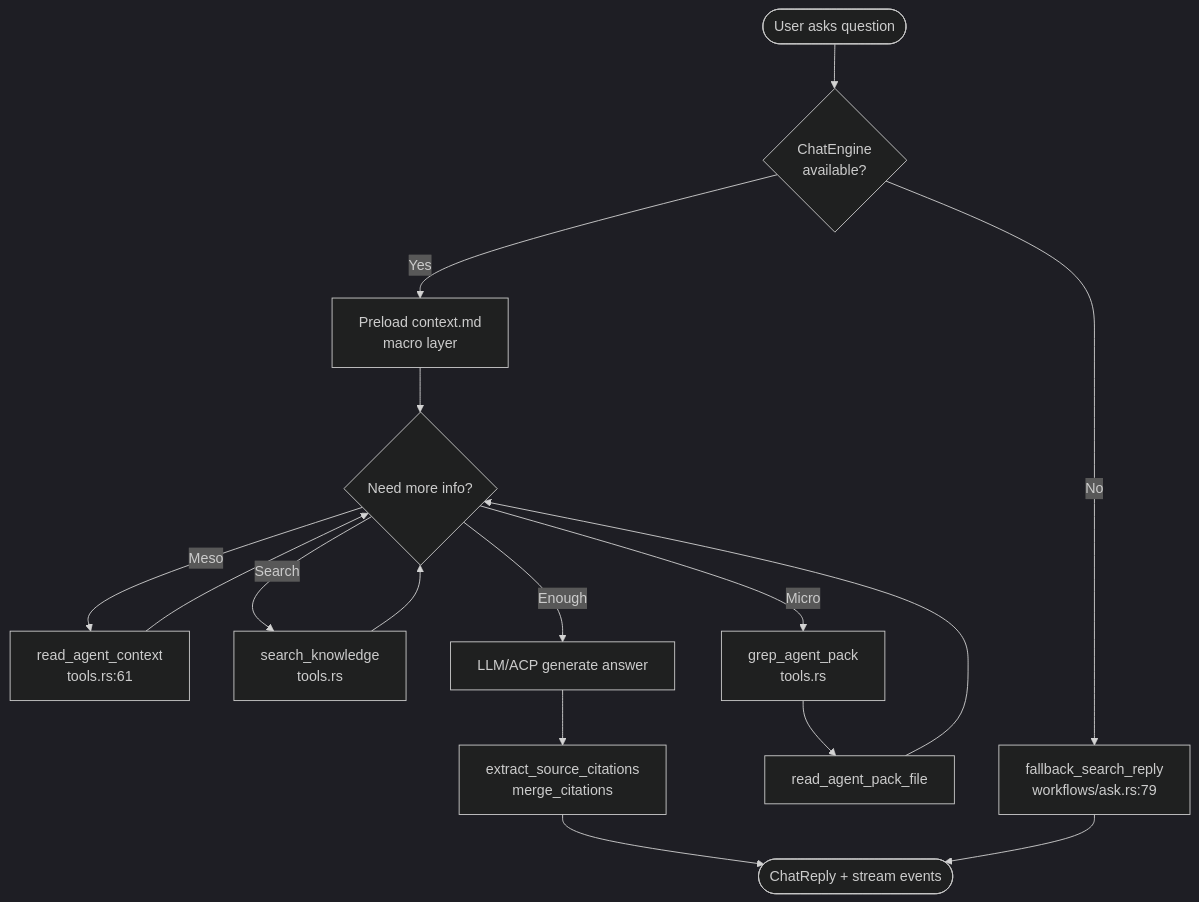
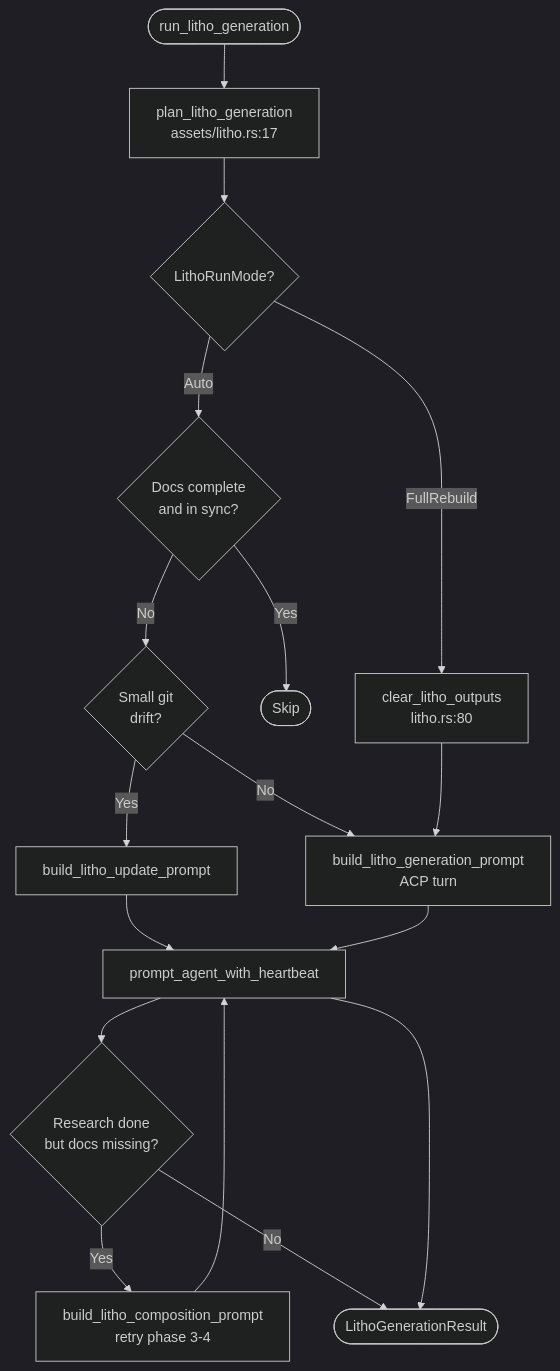
One commit to sopaco/terrain changed the fourth of 5 diagrams in .terrain/human/3.Workflows.md. Above: the diagram before and after it, drawn with Mermaid (dark theme). The commit also changed other lines of this file and 12 other files, not shown here.

````diff
--- a/.terrain/human/3.Workflows.md
+++ b/.terrain/human/3.Workflows.md
@@ -105,18 +100,19 @@
 ```mermaid
 flowchart TD
-    Start(["User asks question"]) --> Engine{"ChatEngine<br/>available?"}
-    Engine -->|No| Fallback["fallback_search_reply<br/>workflows/ask.rs:79"]
-    Engine -->|Yes| Macro["Preload context.md<br/>macro layer"]
-    Macro --> ToolLoop{"Need more info?"}
-    ToolLoop -->|Meso| ReadCtx["read_agent_context<br/>tools.rs:61"]
-    ToolLoop -->|Search| Search["search_knowledge<br/>tools.rs"]
-    ToolLoop -->|Micro| Grep["grep_agent_pack<br/>tools.rs"]
-    Grep --> ReadFile["read_agent_pack_file"]
-    ReadCtx --> ToolLoop
-    Search --> ToolLoop
-    ReadFile --> ToolLoop
-    ToolLoop -->|Enough| Generate["LLM/ACP generate answer"]
-    Generate --> Citations["extract_source_citations<br/>merge_citations"]
-    Citations --> End(["ChatReply + stream events"])
-    Fallback --> End
+    Start(["run_litho_generation"]) --> Plan["plan_litho_generation<br/>assets/litho.rs:17"]
+    Plan --> Mode{"LithoRunMode?"}
+    Mode -->|FullRebuild| Clear["clear_litho_outputs<br/>litho.rs:80"]
+    Mode -->|Auto| Check{"Docs complete<br/>and in sync?"}
+    Check -->|Yes| Skip(["Skip"])
+    Check -->|No| Incr{"Small git<br/>drift?"}
+    Incr -->|Yes| Update["build_litho_update_prompt"]
+    Incr -->|No| Gen
+    Clear --> Gen["build_litho_generation_prompt<br/>ACP turn"]
+    Update --> ACP["prompt_agent_with_heartbeat"]
+    Gen --> ACP
+    ACP --> Research{"Research done<br/>but docs missing?"}
+    Research -->|Yes| Compose["build_litho_composition_prompt<br/>retry phase 3-4"]
+    Research -->|No| Done
+    Compose --> ACP
+    ACP --> Done(["LithoGenerationResult"])
 ```
````
